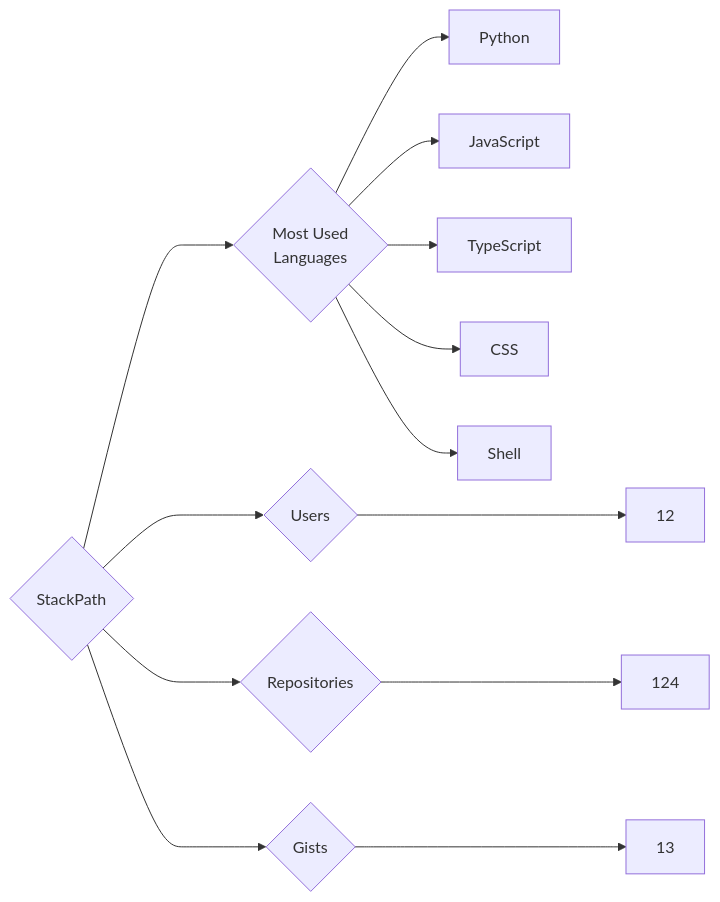
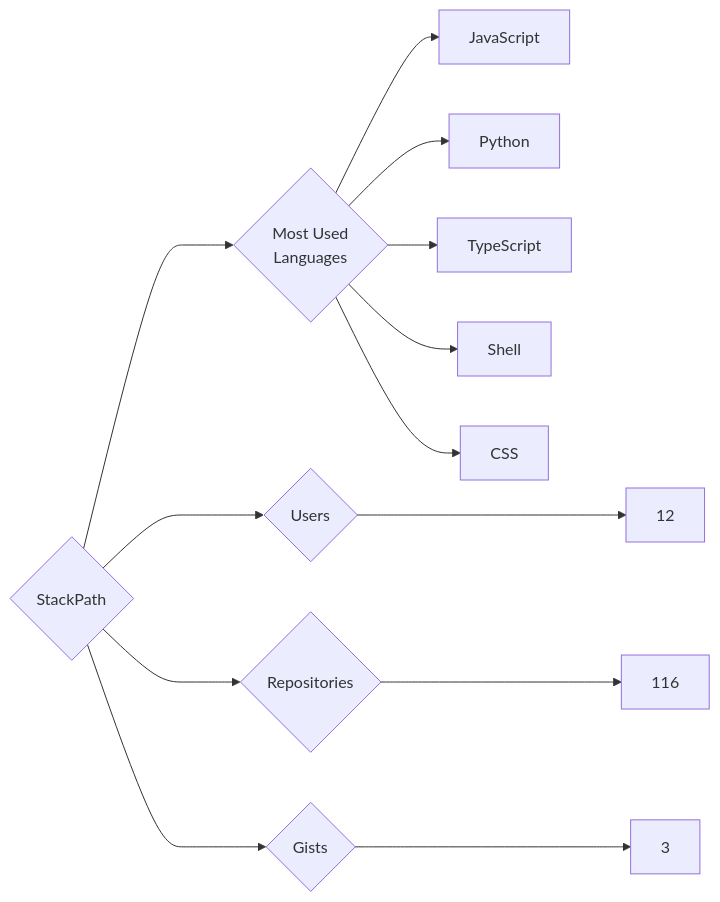
Before and after one commit to trickest/insiders: the diagram in targets/StackPath/README.md, drawn with Mermaid. The commit also changed 965 other files, not shown here.

````diff
--- a/targets/StackPath/README.md
+++ b/targets/StackPath/README.md
@@ -3,13 +3,13 @@
 ```mermaid
 graph LR
 COMPANY_NAME{StackPath}
 COMPANY_NAME ---> U{Users} ---> UN[12]
-COMPANY_NAME ---> R{Repositories} ---> RN[124]
-COMPANY_NAME ---> G{Gists} ---> GN[13]
+COMPANY_NAME ---> R{Repositories} ---> RN[116]
+COMPANY_NAME ---> G{Gists} ---> GN[3]
 COMPANY_NAME ---> ML{Most Used<br>Languages}
+ML --> JavaScript[JavaScript]
 ML --> Python[Python]
-ML --> JavaScript[JavaScript]
 ML --> TypeScript[TypeScript]
+ML --> Shell[Shell]
 ML --> CSS[CSS]
-ML --> Shell[Shell]
 ```
````
